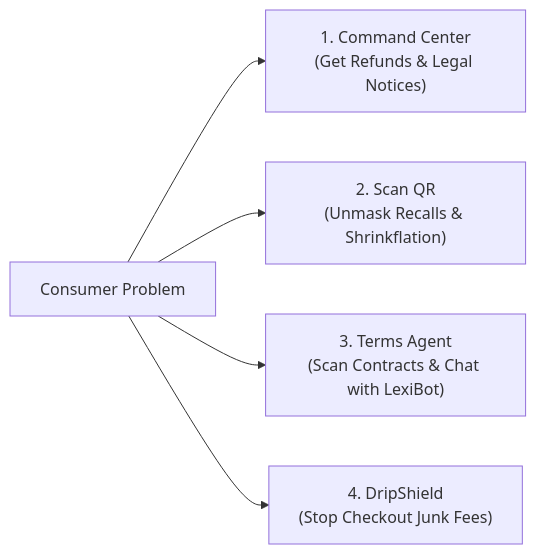
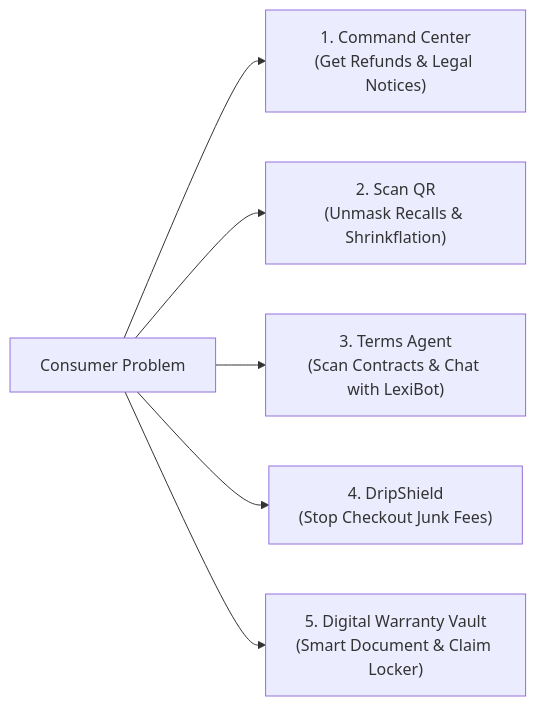
The diagram in README.md (Akshit99999/Hackops-CR), drawn with Mermaid before and after one commit. The commit also changed other lines of this file, not shown here.

Commit message:
docs: add Feature 5 Digital Warranty Vault to README

````diff
--- a/README.md
+++ b/README.md
@@ -19,7 +19,8 @@
 ```mermaid
 flowchart LR
     A["Consumer Problem"] --> B["1. Command Center\n(Get Refunds & Legal Notices)"]
     A --> C["2. Scan QR\n(Unmask Recalls & Shrinkflation)"]
     A --> D["3. Terms Agent\n(Scan Contracts & Chat with LexiBot)"]
     A --> E["4. DripShield\n(Stop Checkout Junk Fees)"]
+    A --> F["5. Digital Warranty Vault\n(Smart Document & Claim Locker)"]
 ```
````
